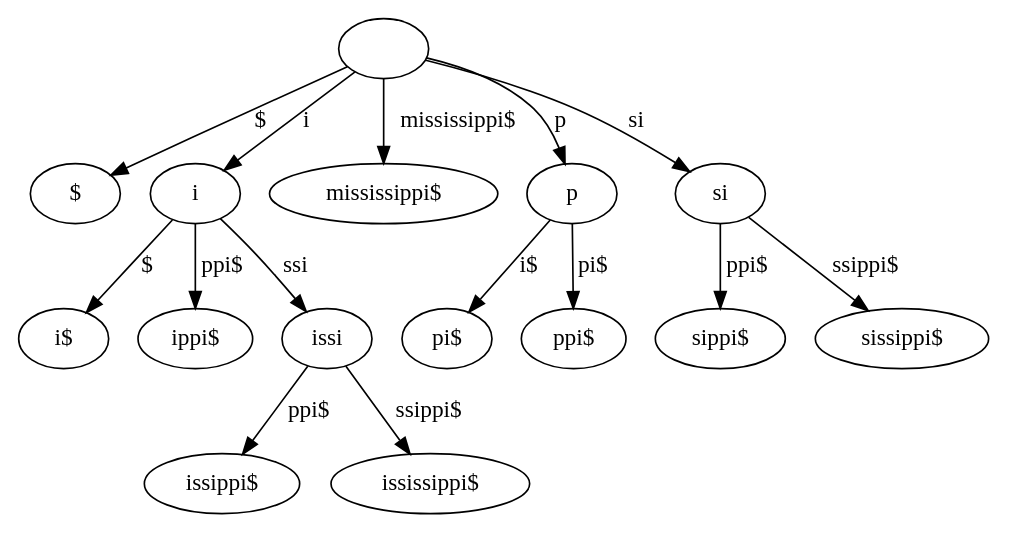
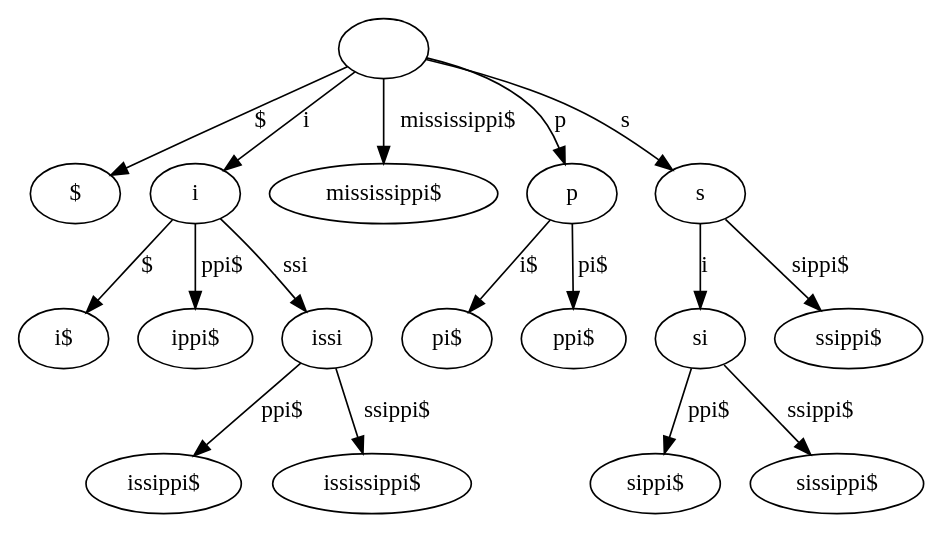
One commit to cmkobel/GSA changed the diagram in 3_lcp_suffix_tree/test-output/iter/10 ssippi$.gv. Above: the diagram before and after it, drawn with Graphviz. The commit also changed 15 other files, not shown here.

```diff
--- a/3_lcp_suffix_tree/test-output/iter/10 ssippi$.gv
+++ b/3_lcp_suffix_tree/test-output/iter/10 ssippi$.gv
@@ -1,32 +1,36 @@
 // Suffix tree
 digraph {
 	"|" [label=""]
 	"$|$" [label="$"]
 	"|" -> "$|$" [label="$"]
 	"i|i" [label=i]
 	"$|i$" [label="i$"]
 	"i|i" -> "$|i$" [label="$"]
 	"ppi$|ippi$" [label="ippi$"]
 	"i|i" -> "ppi$|ippi$" [label="ppi$"]
 	"ssi|issi" [label=issi]
 	"ppi$|issippi$" [label="issippi$"]
 	"ssi|issi" -> "ppi$|issippi$" [label="ppi$"]
 	"ssippi$|ississippi$" [label="ississippi$"]
 	"ssi|issi" -> "ssippi$|ississippi$" [label="ssippi$"]
 	"i|i" -> "ssi|issi" [label=ssi]
 	"|" -> "i|i" [label=i]
 	"mississippi$|mississippi$" [label="mississippi$"]
 	"|" -> "mississippi$|mississippi$" [label="mississippi$"]
 	"p|p" [label=p]
 	"i$|pi$" [label="pi$"]
 	"p|p" -> "i$|pi$" [label="i$"]
 	"pi$|ppi$" [label="ppi$"]
 	"p|p" -> "pi$|ppi$" [label="pi$"]
 	"|" -> "p|p" [label=p]
-	"si|si" [label=si]
+	"s|s" [label=s]
+	"i|si" [label=si]
 	"ppi$|sippi$" [label="sippi$"]
-	"si|si" -> "ppi$|sippi$" [label="ppi$"]
+	"i|si" -> "ppi$|sippi$" [label="ppi$"]
 	"ssippi$|sissippi$" [label="sissippi$"]
-	"si|si" -> "ssippi$|sissippi$" [label="ssippi$"]
-	"|" -> "si|si" [label=si]
+	"i|si" -> "ssippi$|sissippi$" [label="ssippi$"]
+	"s|s" -> "i|si" [label=i]
+	"sippi$|ssippi$" [label="ssippi$"]
+	"s|s" -> "sippi$|ssippi$" [label="sippi$"]
+	"|" -> "s|s" [label=s]
 }
```
